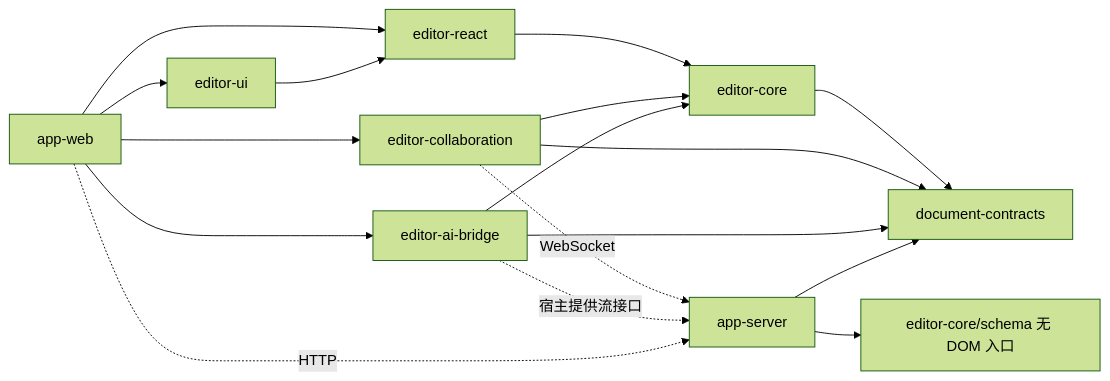
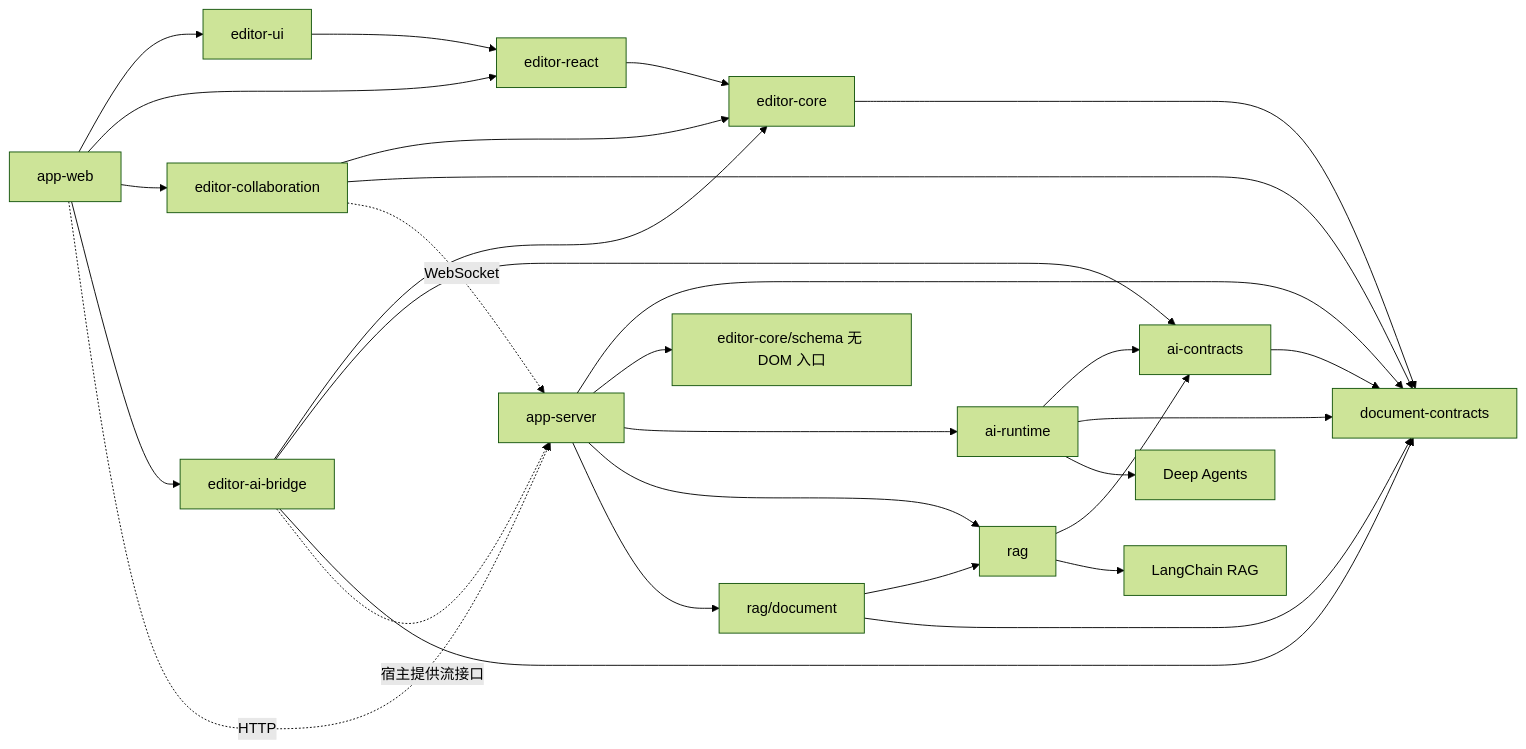
Before and after one commit to hu-bo/zhishu: the diagram in docs/README.md, drawn with Mermaid (forest theme). The commit also changed other lines of this file and 798 other files, not shown here.

````diff
--- a/docs/README.md
+++ b/docs/README.md
@@ -58,19 +82,31 @@
 ```mermaid
 flowchart LR
   WEB[app-web] --> UI[editor-ui]
   WEB --> REACT[editor-react]
   WEB --> COLLAB[editor-collaboration]
   WEB --> AI[editor-ai-bridge]
   UI --> REACT
   REACT --> CORE[editor-core]
   COLLAB --> CORE
   AI --> CORE
+  AI --> AICONTRACTS[ai-contracts]
+  AICONTRACTS --> CONTRACTS
+  RUNTIME[ai-runtime] --> AICONTRACTS
+  RUNTIME --> CONTRACTS
+  RUNTIME --> HARNESS[Deep Agents]
+  RAG[rag] --> AICONTRACTS
+  RAG --> LCRAG[LangChain RAG]
+  RAGDOC[rag/document] --> RAG
+  RAGDOC --> CONTRACTS
   CORE --> CONTRACTS[document-contracts]
   COLLAB --> CONTRACTS
   AI --> CONTRACTS
   SERVER[app-server] --> CONTRACTS
   SERVER --> SCHEMA[editor-core/schema 无 DOM 入口]
+  SERVER --> RUNTIME
+  SERVER --> RAG
+  SERVER --> RAGDOC
   COLLAB -. WebSocket .-> SERVER
   AI -. 宿主提供流接口 .-> SERVER
   WEB -. HTTP .-> SERVER
 ```
````
